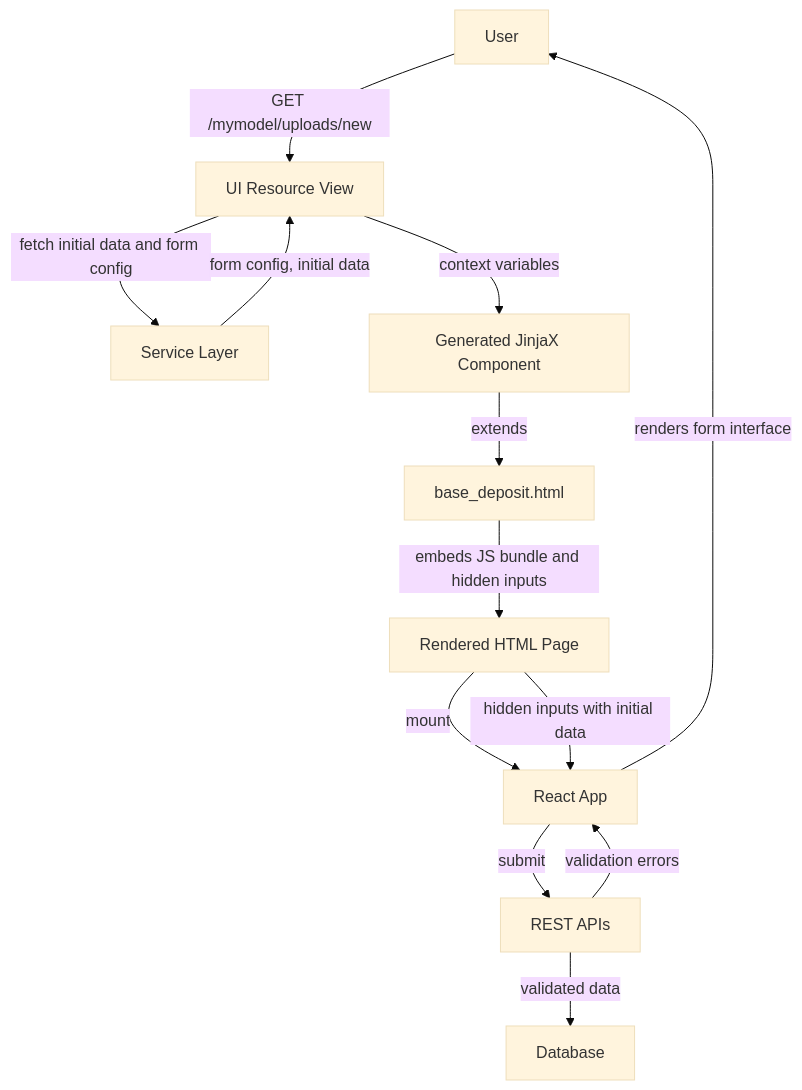
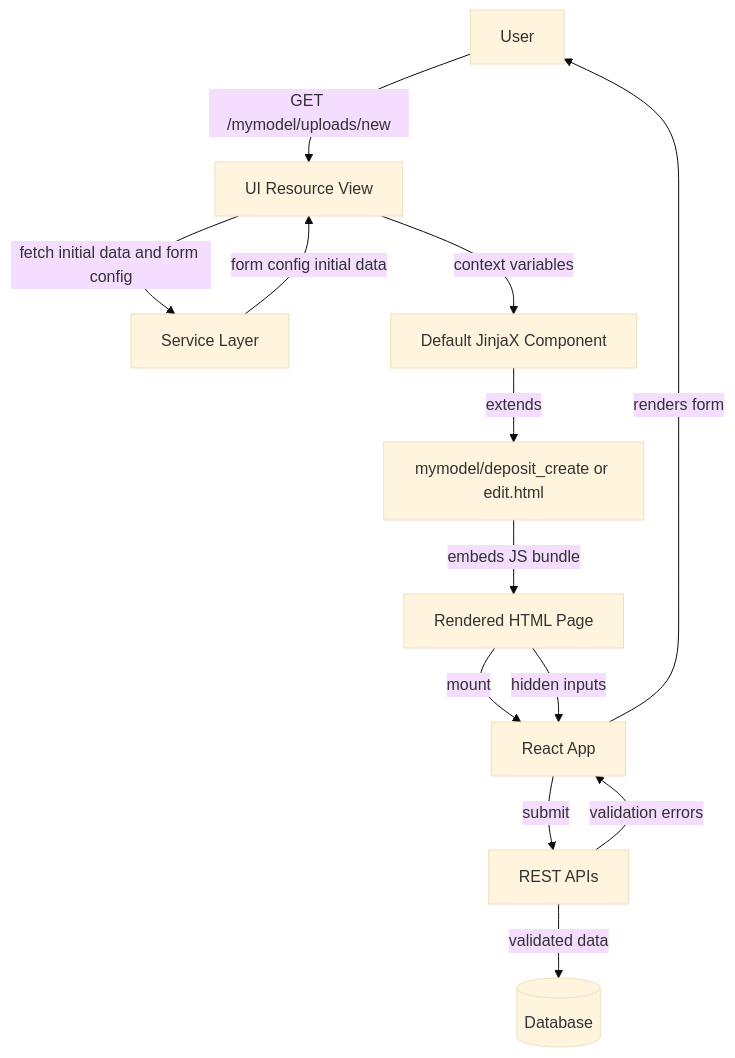
One commit to NRP-CZ/docs changed the first of 2 diagrams in content/customize/model_ui/deposit.mdx. Above: the diagram before and after it, drawn with Mermaid (base theme). The commit also changed other lines of this file and 5 other files, not shown here.

````diff
--- a/content/customize/model_ui/deposit.mdx
+++ b/content/customize/model_ui/deposit.mdx
@@ -14,15 +14,15 @@
 ```mermaid
 graph TD
     U[User] -->|GET /mymodel/uploads/new| VR[UI Resource View]
     VR -->|fetch initial data and form config| SVC[Service Layer]
-    SVC -->|form config, initial data| VR
-    VR -->|context variables| GC[Generated JinjaX Component]
-    GC -->|extends| BD[base_deposit.html]
-    BD -->|embeds JS bundle and hidden inputs| PG[Rendered HTML Page]
+    SVC -->|form config initial data| VR
+    VR -->|context variables| GC[Default JinjaX Component]
+    GC -->|extends| BD[mymodel/deposit_create or edit.html]
+    BD -->|embeds JS bundle| PG[Rendered HTML Page]
     PG -->|mount| RA[React App]
-    PG -->|hidden inputs with initial data| RA
-    RA -->|renders form interface| U
+    PG -->|hidden inputs| RA
+    RA -->|renders form| U
     RA -->|submit| API[REST APIs]
     API -->|validation errors| RA
-    API -->|validated data| DB[Database]
+    API -->|validated data| DB[(Database)]
 ```
````
